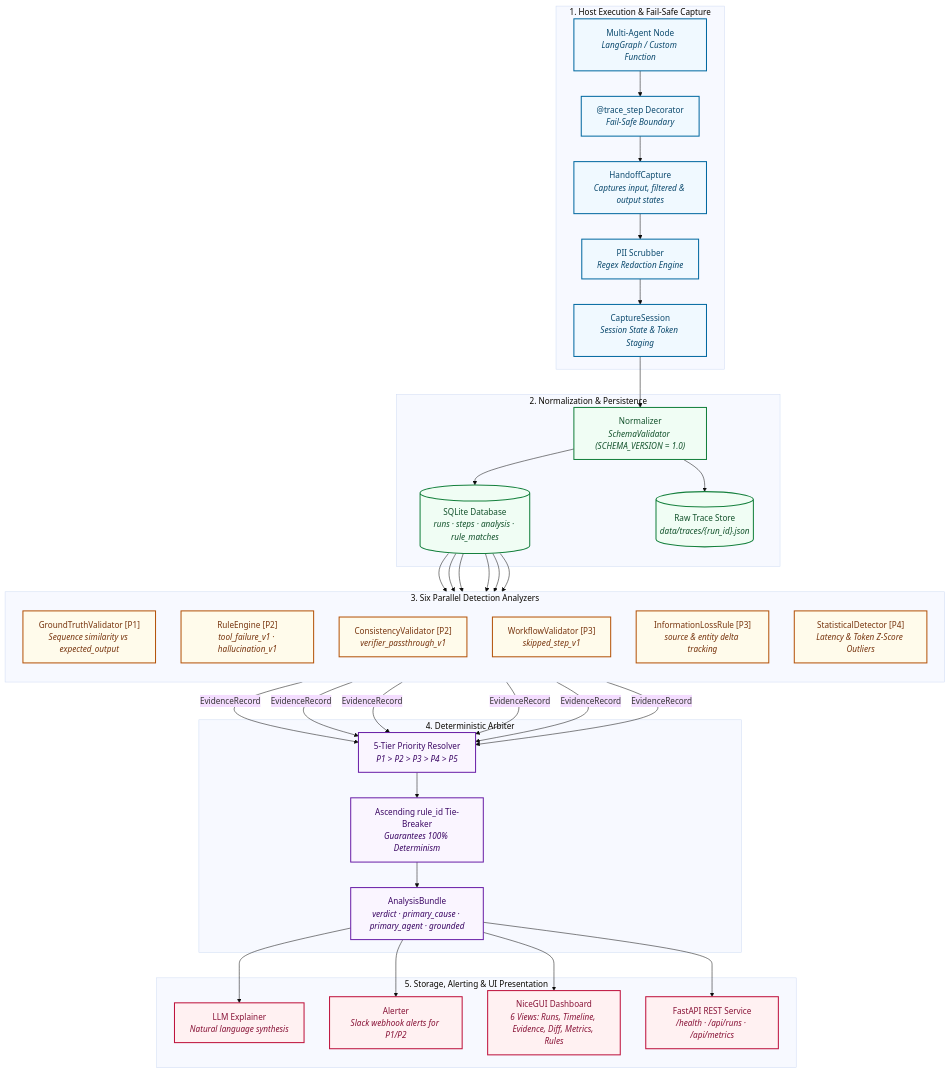
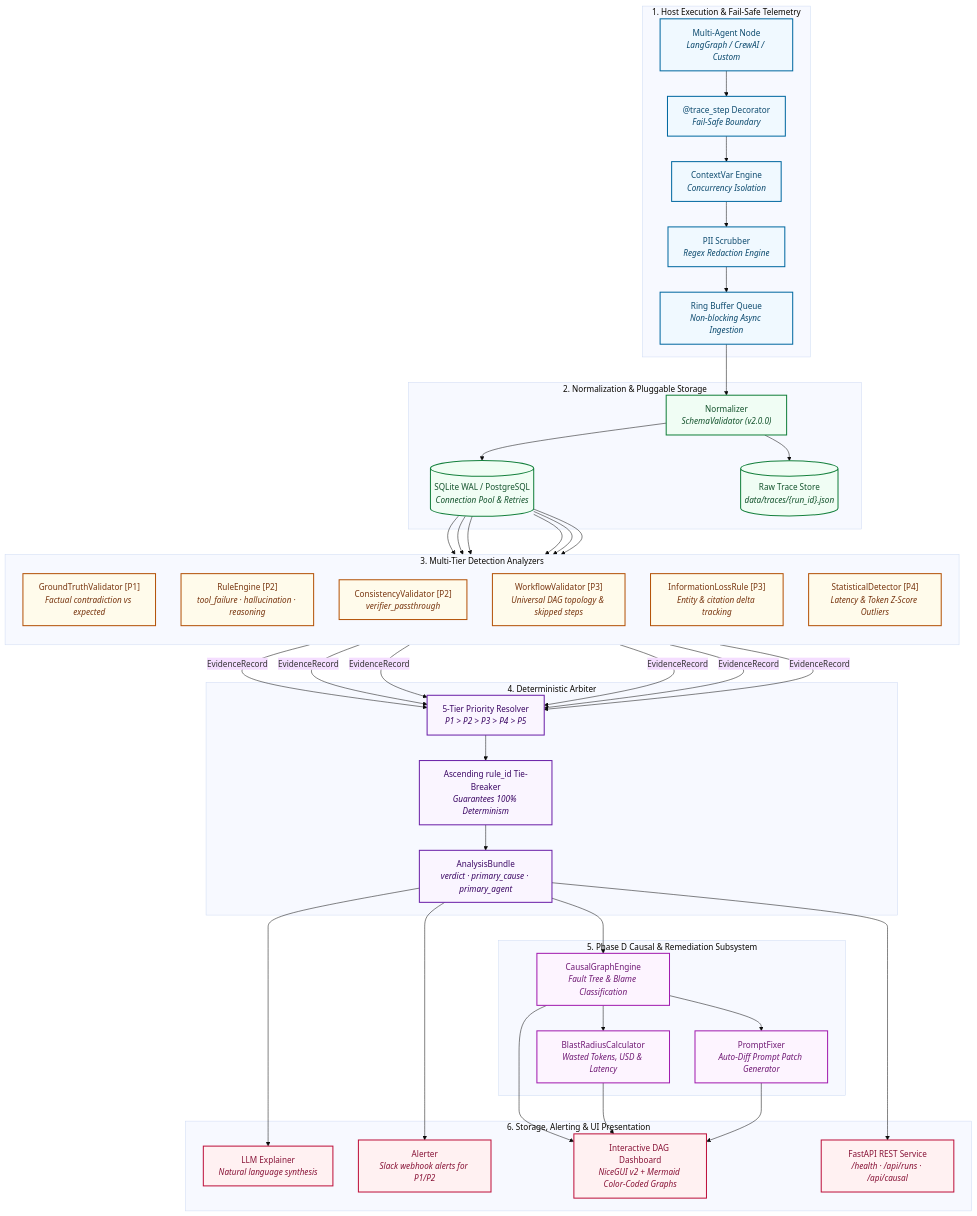
Before and after one commit to Phoenixcoder-6/AgentLens: the diagram in ARCHITECTURE.md, drawn with Mermaid (base theme). The commit also changed other lines of this file and 17 other files, not shown here.

````diff
--- a/ARCHITECTURE.md
+++ b/ARCHITECTURE.md
@@ -22,35 +26,35 @@
 ```mermaid
 flowchart TD
-    subgraph S_HOST["1. Host Execution & Fail-Safe Capture"]
-        NODE["Multi-Agent Node<br/><i>LangGraph / Custom Function</i>"]
+    subgraph S_HOST["1. Host Execution & Fail-Safe Telemetry"]
+        NODE["Multi-Agent Node<br/><i>LangGraph / CrewAI / Custom</i>"]
         DECOR["@trace_step Decorator<br/><i>Fail-Safe Boundary</i>"]
-        HC["HandoffCapture<br/><i>Captures input, filtered & output states</i>"]
+        RING["Ring Buffer Queue<br/><i>Non-blocking Async Ingestion</i>"]
+        CTX["ContextVar Engine<br/><i>Concurrency Isolation</i>"]
         PII["PII Scrubber<br/><i>Regex Redaction Engine</i>"]
-        CS["CaptureSession<br/><i>Session State & Token Staging</i>"]
 
         NODE --> DECOR
-        DECOR --> HC
-        HC --> PII
-        PII --> CS
+        DECOR --> CTX
+        CTX --> PII
+        PII --> RING
     end
 
-    subgraph S_STORE["2. Normalization & Persistence"]
-        NORM["Normalizer<br/><i>SchemaValidator (SCHEMA_VERSION = 1.0)</i>"]
-        SQL[("SQLite Database<br/><i>runs · steps · analysis · rule_matches</i>")]
+    subgraph S_STORE["2. Normalization & Pluggable Storage"]
+        NORM["Normalizer<br/><i>SchemaValidator (v2.0.0)</i>"]
+        SQL[("SQLite WAL / PostgreSQL<br/><i>Connection Pool & Retries</i>")]
         FS[("Raw Trace Store<br/><i>data/traces/{run_id}.json</i>")]
 
-        CS --> NORM
+        RING --> NORM
         NORM --> SQL
         NORM --> FS
     end
 
-    subgraph S_ENGINES["3. Six Parallel Detection Analyzers"]
+    subgraph S_ENGINES["3. Multi-Tier Detection Analyzers"]
         direction TB
-        GT["GroundTruthValidator [P1]<br/><i>Sequence similarity vs expected_output</i>"]
-        RE["RuleEngine [P2]<br/><i>tool_failure_v1 · hallucination_v1</i>"]
-        CV["ConsistencyValidator [P2]<br/><i>verifier_passthrough_v1</i>"]
-        WV["WorkflowValidator [P3]<br/><i>skipped_step_v1</i>"]
-        IL["InformationLossRule [P3]<br/><i>source & entity delta tracking</i>"]
+        GT["GroundTruthValidator [P1]<br/><i>Factual contradiction vs expected</i>"]
+        RE["RuleEngine [P2]<br/><i>tool_failure · hallucination · reasoning</i>"]
+        CV["ConsistencyValidator [P2]<br/><i>verifier_passthrough</i>"]
+        WV["WorkflowValidator [P3]<br/><i>Universal DAG topology & skipped steps</i>"]
+        IL["InformationLossRule [P3]<br/><i>Entity & citation delta tracking</i>"]
         SD["StatisticalDetector [P4]<br/><i>Latency & Token Z-Score Outliers</i>"]
 
         SQL --> GT
@@ -64,7 +68,7 @@
     subgraph S_ARBITER["4. Deterministic Arbiter"]
         RANK["5-Tier Priority Resolver<br/><i>P1 &gt; P2 &gt; P3 &gt; P4 &gt; P5</i>"]
         TIE["Ascending rule_id Tie-Breaker<br/><i>Guarantees 100% Determinism</i>"]
-        BUNDLE["AnalysisBundle<br/><i>verdict · primary_cause · primary_agent · grounded</i>"]
+        BUNDLE["AnalysisBundle<br/><i>verdict · primary_cause · primary_agent</i>"]
 
         GT -->|"EvidenceRecord"| RANK
         RE -->|"EvidenceRecord"| RANK
@@ -77,15 +81,27 @@
         TIE --> BUNDLE
     end
 
-    subgraph S_SURFACE["5. Storage, Alerting & UI Presentation"]
+    subgraph S_CAUSAL["5. Phase D Causal & Remediation Subsystem"]
+        CFT["CausalGraphEngine<br/><i>Fault Tree & Blame Classification</i>"]
+        BR["BlastRadiusCalculator<br/><i>Wasted Tokens, USD & Latency</i>"]
+        FIX["PromptFixer<br/><i>Auto-Diff Prompt Patch Generator</i>"]
+
+        BUNDLE --> CFT
+        CFT --> BR
+        CFT --> FIX
+    end
+
+    subgraph S_SURFACE["6. Storage, Alerting & UI Presentation"]
         EXPLAIN["LLM Explainer<br/><i>Natural language synthesis</i>"]
         ALERT["Alerter<br/><i>Slack webhook alerts for P1/P2</i>"]
-        DASH["NiceGUI Dashboard<br/><i>6 Views: Runs, Timeline, Evidence, Diff, Metrics, Rules</i>"]
-        API["FastAPI REST Service<br/><i>/health · /api/runs · /api/metrics</i>"]
+        DASH["Interactive DAG Dashboard<br/><i>NiceGUI v2 + Mermaid Color-Coded Graphs</i>"]
+        API["FastAPI REST Service<br/><i>/health · /api/runs · /api/causal</i>"]
 
+        CFT --> DASH
+        BR --> DASH
+        FIX --> DASH
         BUNDLE --> EXPLAIN
         BUNDLE --> ALERT
-        BUNDLE --> DASH
         BUNDLE --> API
     end
 
@@ -93,11 +109,13 @@
     classDef storeStyle fill:#f0fdf4,stroke:#15803d,stroke-width:2px,color:#14532d;
     classDef engineStyle fill:#fffbeb,stroke:#b45309,stroke-width:2px,color:#78350f;
     classDef arbiterStyle fill:#faf5ff,stroke:#6b21a8,stroke-width:2px,color:#3b0764;
+    classDef causalStyle fill:#fdf4ff,stroke:#a21caf,stroke-width:2px,color:#701a75;
     classDef surfaceStyle fill:#fff1f2,stroke:#be123c,stroke-width:2px,color:#881337;
 
-    class NODE,DECOR,HC,PII,CS hostStyle;
+    class NODE,DECOR,RING,CTX,PII hostStyle;
     class NORM,SQL,FS storeStyle;
     class GT,RE,CV,WV,IL,SD engineStyle;
     class RANK,TIE,BUNDLE arbiterStyle;
+    class CFT,BR,FIX causalStyle;
     class EXPLAIN,ALERT,DASH,API surfaceStyle;
 ```
````
